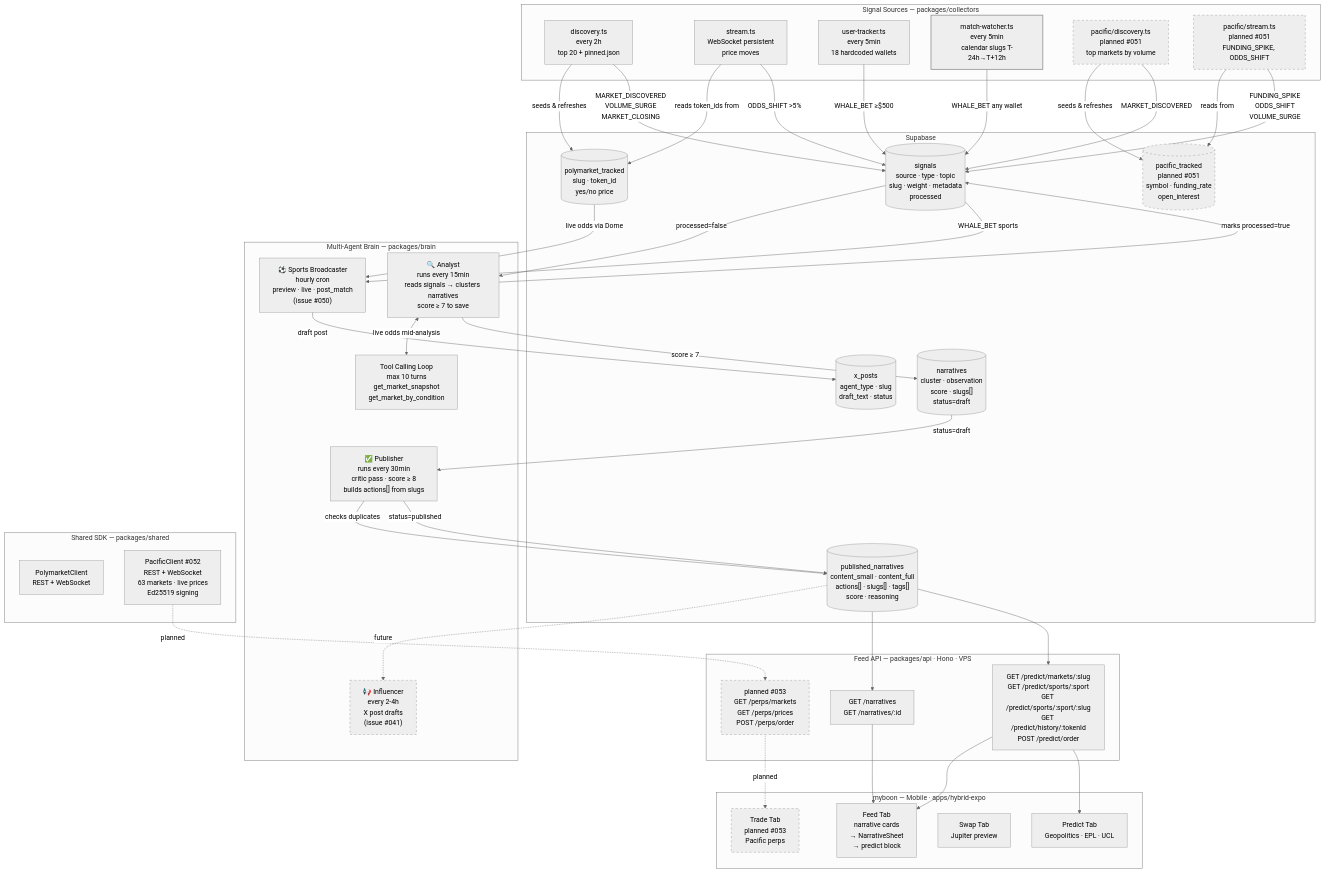
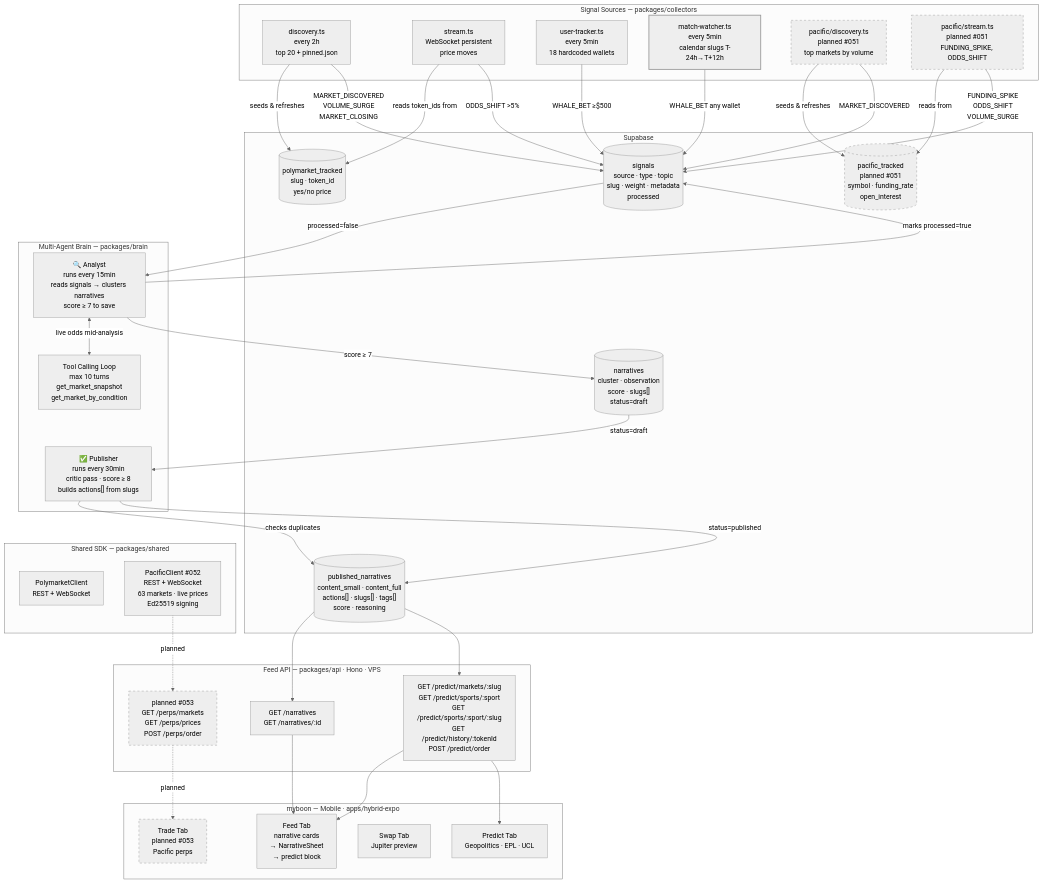
One commit to bucketshop69/myboon changed the diagram in docs/ARCHITECTURE-DIAGRAM.md. Above: the diagram before and after it, drawn with Mermaid (neutral theme). The commit also changed 64 other files, not shown here.

```diff
--- a/docs/ARCHITECTURE-DIAGRAM.md
+++ b/docs/ARCHITECTURE-DIAGRAM.md
@@ -13,7 +13,6 @@
 
     subgraph DB["Supabase"]
         PT[("polymarket_tracked\nslug · token_id\nyes/no price")]
-        XP[("x_posts\nagent_type · slug\ndraft_text · status")]
         PAC[("pacific_tracked\nplanned #051\nsymbol · funding_rate\nopen_interest")]
         SIG[("signals\nsource · type · topic\nslug · weight · metadata\nprocessed")]
         NAR[("narratives\ncluster · observation\nscore · slugs[]\nstatus=draft")]
@@ -24,8 +23,6 @@
         AN["🔍 Analyst\nruns every 15min\nreads signals → clusters narratives\nscore ≥ 7 to save"]
         TOOLS["Tool Calling Loop\nmax 10 turns\nget_market_snapshot\nget_market_by_condition"]
         PB["✅ Publisher\nruns every 30min\ncritic pass · score ≥ 8\nbuilds actions[] from slugs"]
-        IN["📢 Influencer\nevery 2-4h\nX post drafts\n(issue #041)"]
-        SB["⚽ Sports Broadcaster\nhourly cron\npreview · live · post_match\n(issue #050)"]
     end
 
     subgraph SDK["Shared SDK — packages/shared"]
@@ -66,10 +63,6 @@
     NAR -->|status=draft| PB
     PB -->|checks duplicates| PUB
     PB -->|status=published| PUB
-    PUB -.->|future| IN
-    SIG -->|WHALE_BET sports| SB
-    PT -->|live odds via Dome| SB
-    SB -->|draft post| XP
 
     PUB --> FEED_EP
     PUB --> PRED_EP
@@ -81,7 +74,6 @@
     SWAP_TAB
     PERP_EP -.->|planned| TRADE_TAB
 
-    style IN stroke-dasharray: 5 5
     style MWATCH stroke-width: 2px
     style PAC_DISC stroke-dasharray: 5 5
     style PAC_STREAM stroke-dasharray: 5 5
```
